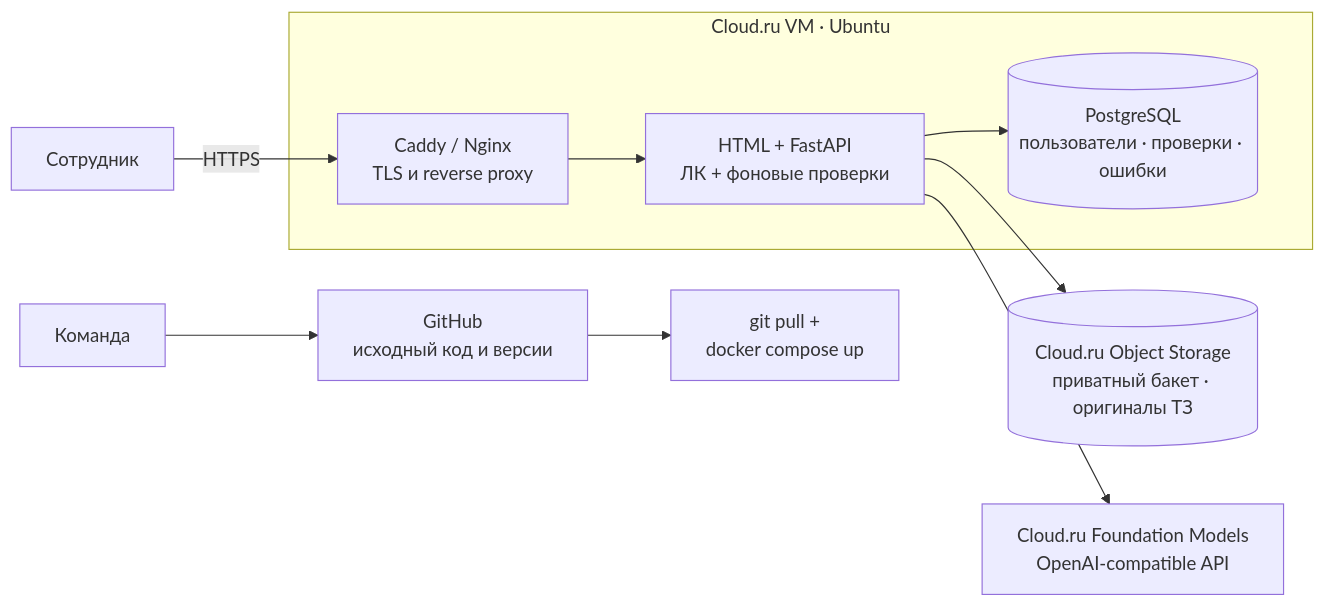
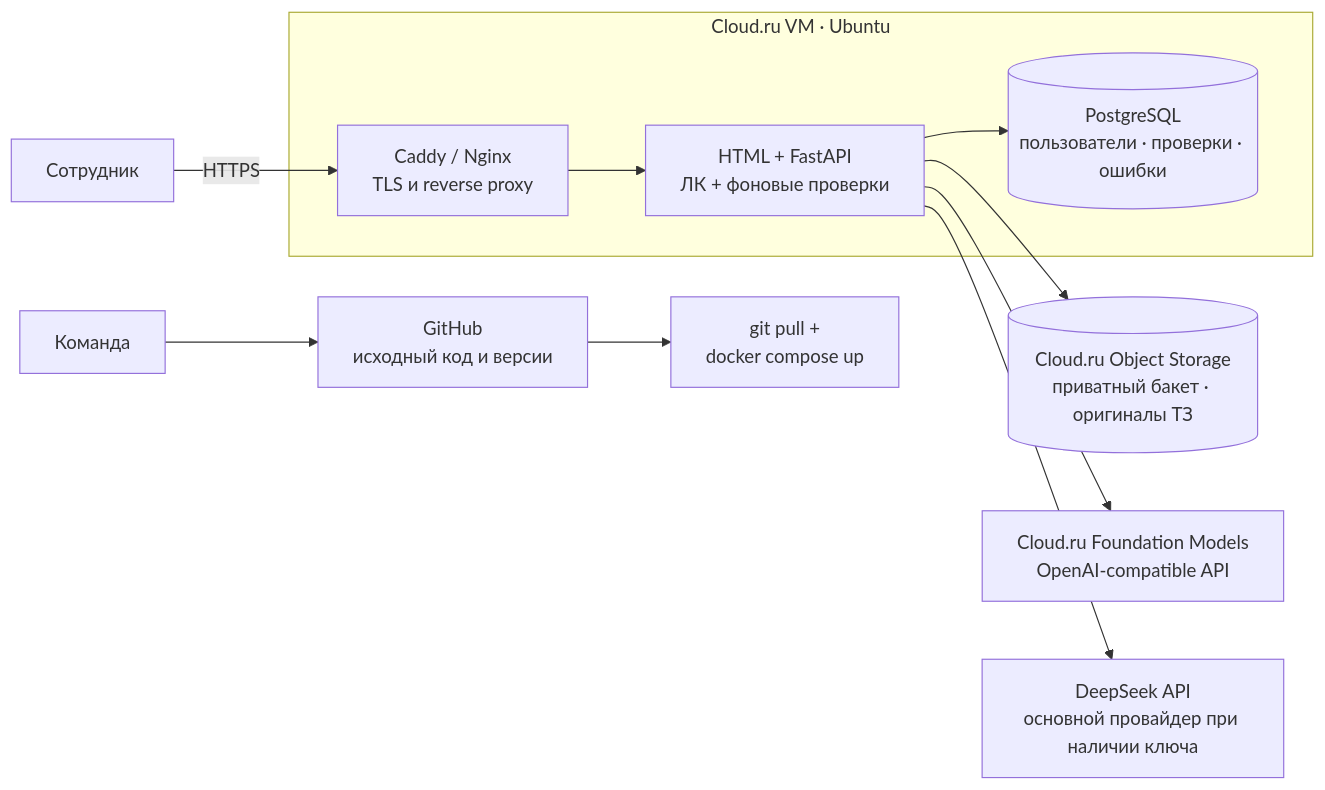
The third of 3 diagrams in README.md (1DenBackyard/itmoxmts), drawn with Mermaid before and after one commit. The commit also changed other lines of this file and 21 other files, not shown here.

First line of the commit message:
DeepSeek fallback, indexed review, AI fix dialog and HLD (#12)

````diff
--- a/README.md
+++ b/README.md
@@ -127,15 +146,16 @@
 ```mermaid
 flowchart LR
     DEV["Команда"] --> GH["GitHub<br/>исходный код и версии"]
     GH --> DEPLOY["git pull +<br/>docker compose up"]
 
     USER["Сотрудник"] -->|HTTPS| PROXY
 
     subgraph VM["Cloud.ru VM · Ubuntu"]
         PROXY["Caddy / Nginx<br/>TLS и reverse proxy"] --> APP["HTML + FastAPI<br/>ЛК + фоновые проверки"]
         APP --> PG[("PostgreSQL<br/>пользователи · проверки · ошибки")]
     end
 
     APP --> S3[("Cloud.ru Object Storage<br/>приватный бакет · оригиналы ТЗ")]
     APP --> FM["Cloud.ru Foundation Models<br/>OpenAI-compatible API"]
+    APP --> DS["DeepSeek API<br/>основной провайдер при наличии ключа"]
 ```
````
